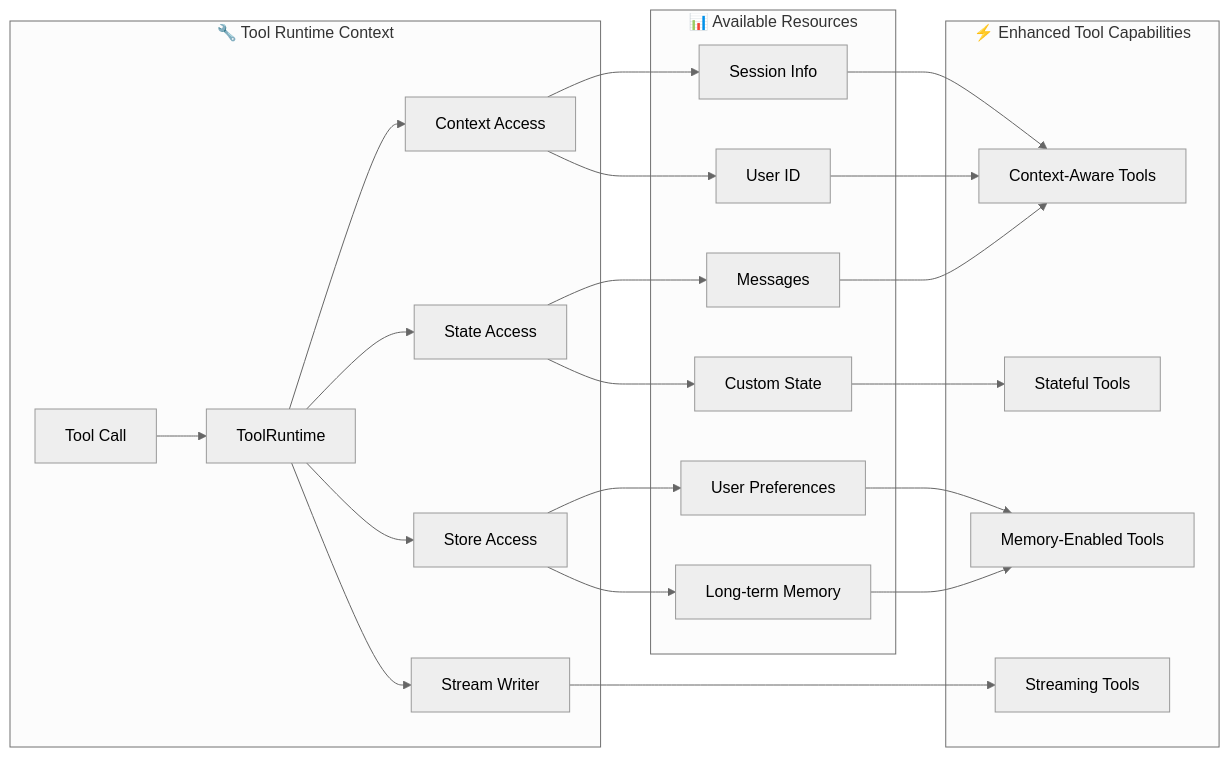
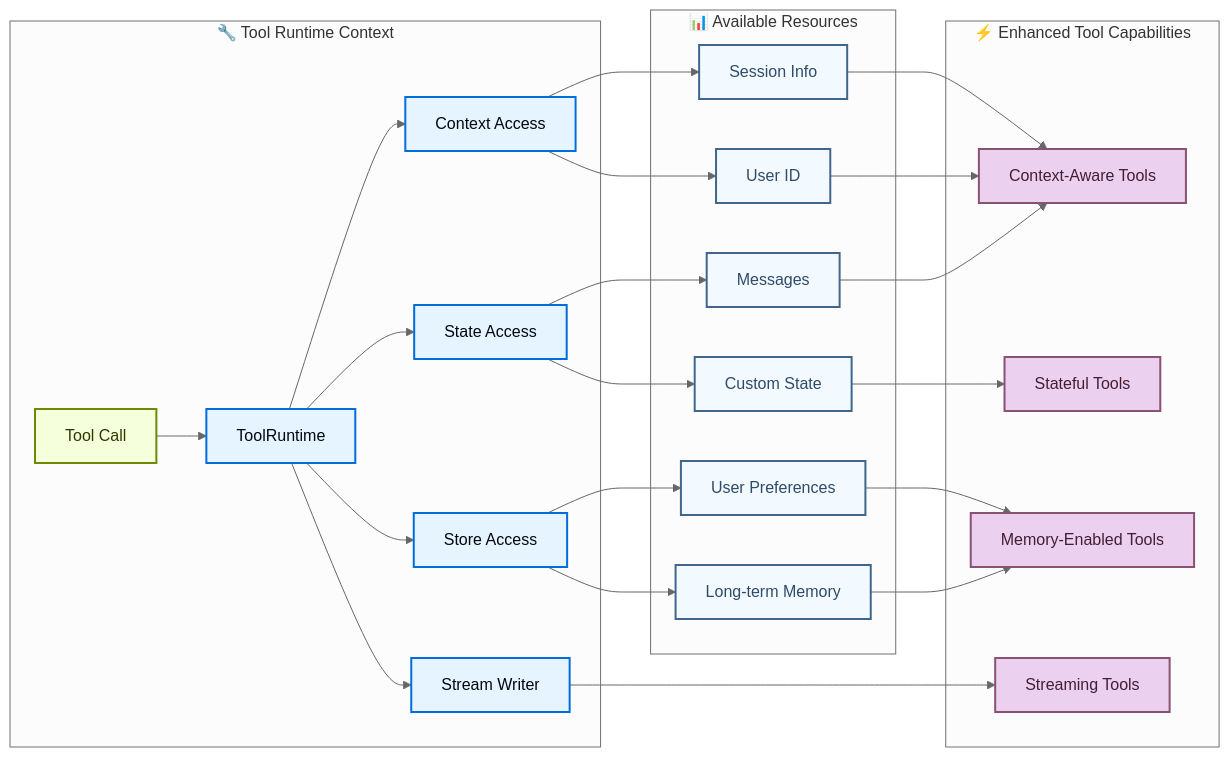
Before and after one commit to olorehq/olore: the diagram in vault/packages/langchain/latest/contents/langchain/tools.mdx, drawn with Mermaid (neutral theme). The commit also changed other lines of this file and 14210 other files, not shown here.

````diff
--- a/vault/packages/langchain/latest/contents/langchain/tools.mdx
+++ b/vault/packages/langchain/latest/contents/langchain/tools.mdx
@@ -180,38 +196,48 @@
 ```mermaid
 graph LR
     %% Runtime Context
     subgraph "🔧 Tool Runtime Context"
         A[Tool Call] --> B[ToolRuntime]
         B --> C[State Access]
         B --> D[Context Access]
         B --> E[Store Access]
         B --> F[Stream Writer]
     end
 
     %% Available Resources
     subgraph "📊 Available Resources"
         C --> G[Messages]
         C --> H[Custom State]
         D --> I[User ID]
         D --> J[Session Info]
         E --> K[Long-term Memory]
         E --> L[User Preferences]
     end
 
     %% Tool Capabilities
     subgraph "⚡ Enhanced Tool Capabilities"
         M[Context-Aware Tools]
         N[Stateful Tools]
         O[Memory-Enabled Tools]
         P[Streaming Tools]
     end
 
     %% Connections
     G --> M
     H --> N
     I --> M
     J --> M
     K --> O
     L --> O
     F --> P
+
+    classDef trigger fill:#F6FFDB,stroke:#6E8900,stroke-width:2px,color:#2E3900
+    classDef process fill:#E5F4FF,stroke:#006DDD,stroke-width:2px,color:#030710
+    classDef output fill:#EBD0F0,stroke:#885270,stroke-width:2px,color:#441E33
+    classDef neutral fill:#F2FAFF,stroke:#40668D,stroke-width:2px,color:#2F4B68
+
+    class A trigger
+    class B,C,D,E,F process
+    class G,H,I,J,K,L neutral
+    class M,N,O,P output
 ```
````
